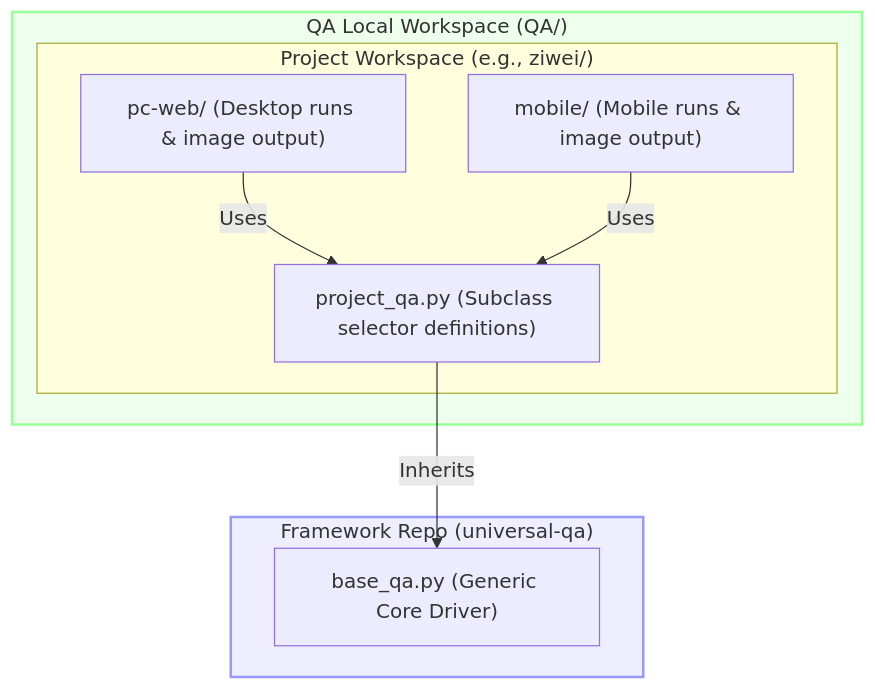
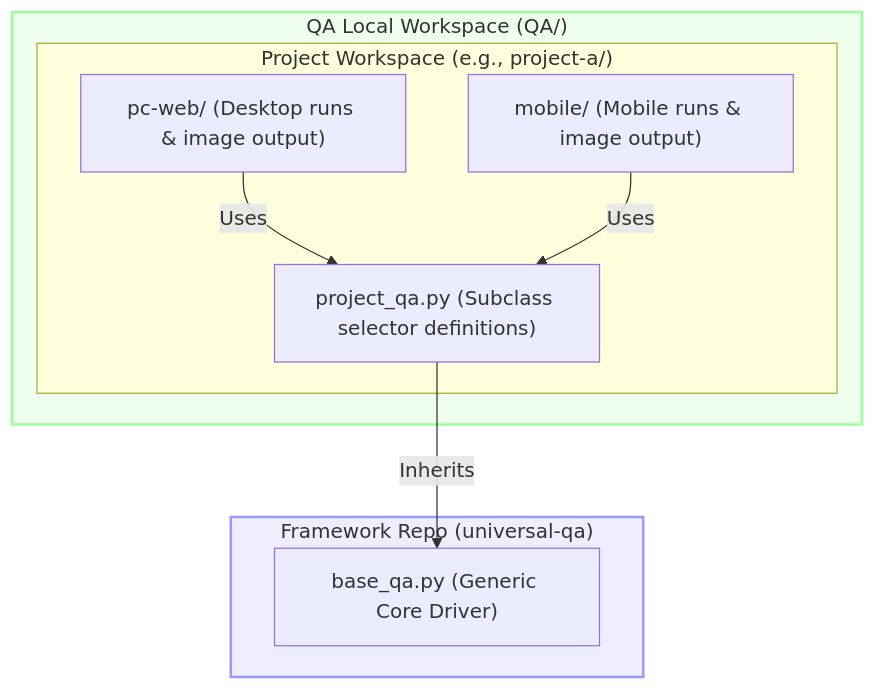
Before and after one commit to LukeJiaoR/playwright-visual-qa: the diagram in README.md, drawn with Mermaid. The commit also changed other lines of this file and 1 other file, not shown here.

````diff
--- a/README.md
+++ b/README.md
@@ -35,18 +35,18 @@
 ```mermaid
 graph TD
     subgraph universal-qa ["Framework Repo (universal-qa)"]
         BaseQA["base_qa.py (Generic Core Driver)"]
     end
     subgraph QA ["QA Local Workspace (QA/)"]
-        subgraph Project ["Project Workspace (e.g., ziwei/)"]
+        subgraph Project ["Project Workspace (e.g., project-a/)"]
             SubQA["project_qa.py (Subclass selector definitions)"]
             PC["pc-web/ (Desktop runs & image output)"]
             Mobile["mobile/ (Mobile runs & image output)"]
         end
     end
     SubQA -->|Inherits| BaseQA
     PC -->|Uses| SubQA
     Mobile -->|Uses| SubQA
     style universal-qa fill:#eef,stroke:#99f,stroke-width:2px
     style QA fill:#efe,stroke:#9f9,stroke-width:2px
 ```
````
